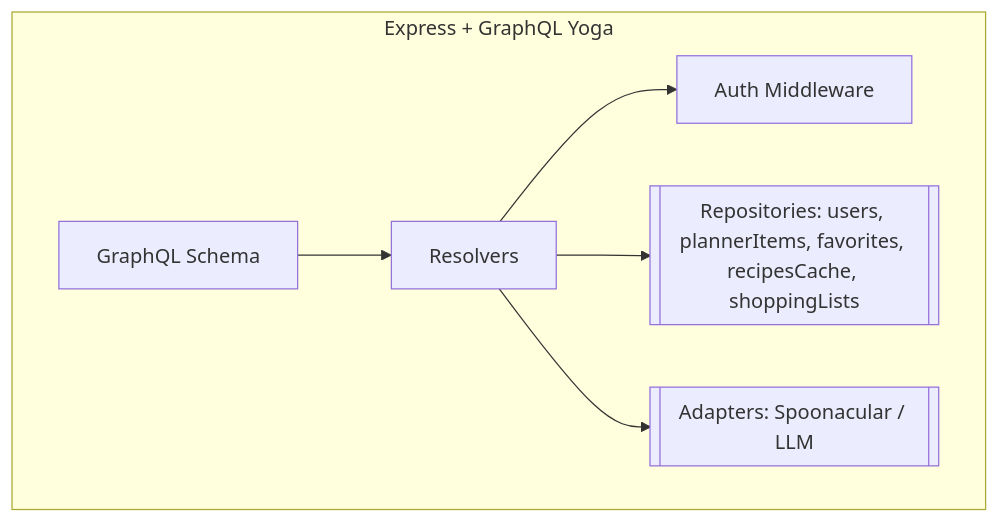
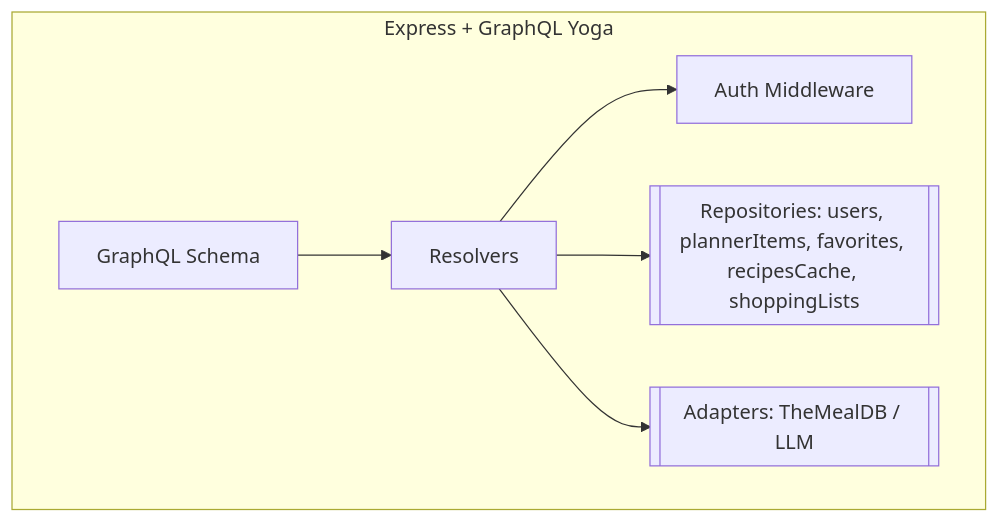
Before and after one commit to Nehaenko/meal-prep-app: the second of 4 diagrams in README.md, drawn with Mermaid. The commit also changed other lines of this file and 13 other files, not shown here.

````diff
--- a/README.md
+++ b/README.md
@@ -55,14 +55,14 @@
 ```mermaid
 flowchart TB
   subgraph API[Express + GraphQL Yoga]
     schema[GraphQL Schema]
     resolvers[Resolvers]
     auth[Auth Middleware]
-    adapters[[Adapters: Spoonacular / LLM]]
+    adapters[[Adapters: TheMealDB / LLM]]
     repos[[Repositories: users, plannerItems, favorites, recipesCache, shoppingLists]]
   end
   schema --> resolvers
   resolvers --> auth
   resolvers --> repos
   resolvers --> adapters
 ```
````
